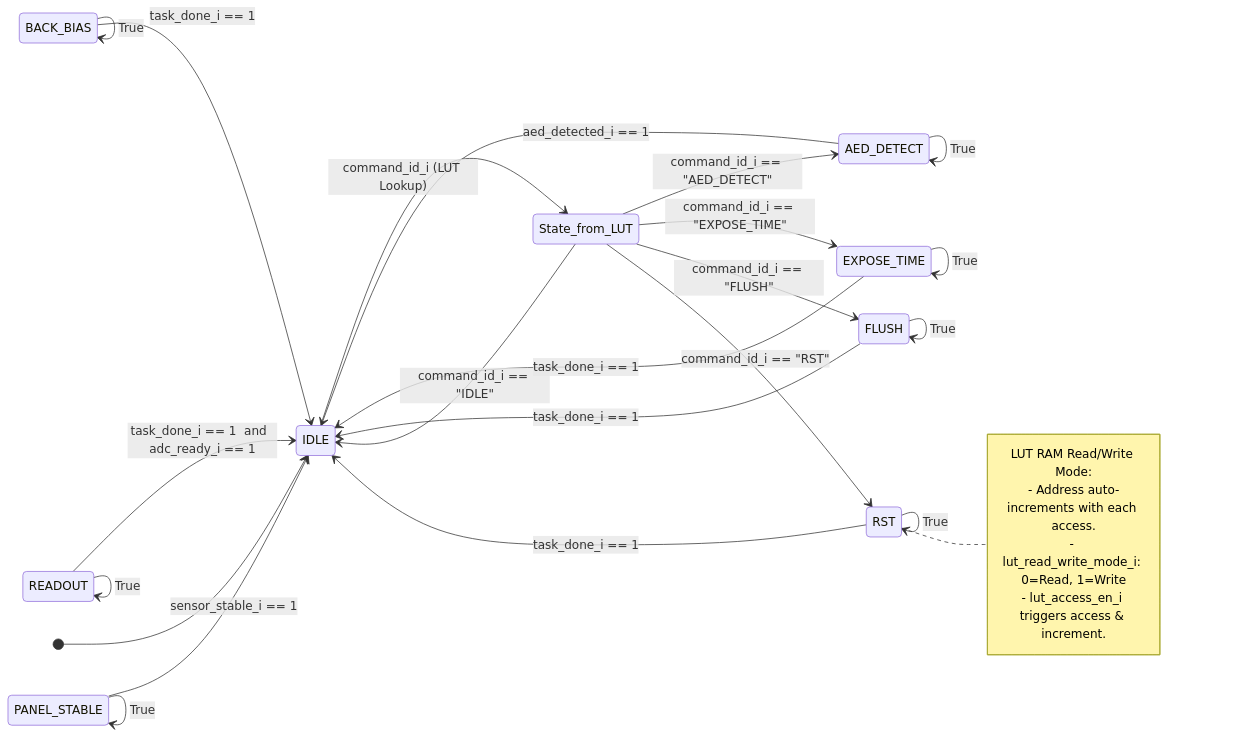
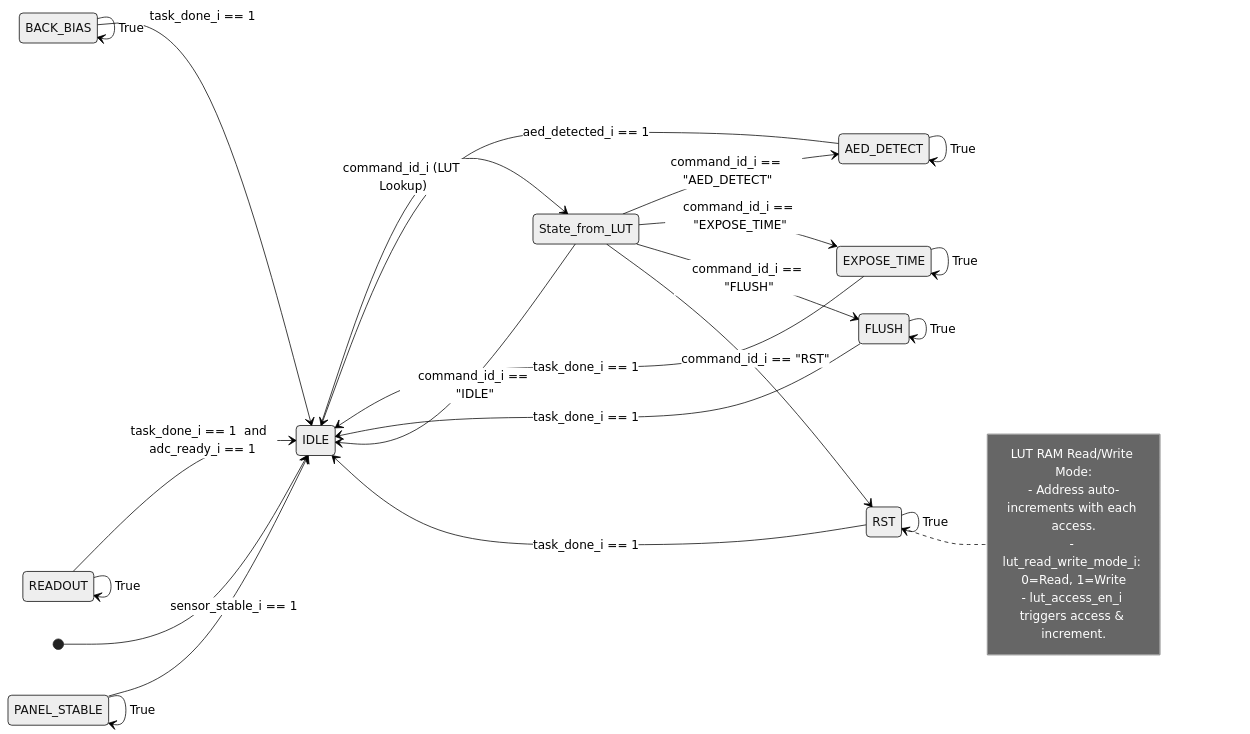
The diagram in test/fsm_diagram.md (holee9/fsm_auto), drawn with Mermaid before and after one commit.

Commit message:
Update mermaid diagram initialization for FSM state diagram

````diff
--- a/test/fsm_diagram.md
+++ b/test/fsm_diagram.md
@@ -1,43 +1,44 @@
 ```mermaid
+%%{init: {"theme": "neutral", "themeVariables": {"primaryColor": "#ffffff"}, "layout": {"elk": {}}}}%%
 stateDiagram-v2
     direction LR
     state IDLE
     state RST
     state BACK_BIAS
     state FLUSH
     state EXPOSE_TIME
     state READOUT
     state AED_DETECT
     state PANEL_STABLE
 
 
     [*] --> IDLE
     IDLE --> State_from_LUT : command_id_i (LUT Lookup)
     state State_from_LUT <<choice>>
     State_from_LUT --> AED_DETECT : command_id_i == "AED_DETECT"
     State_from_LUT --> EXPOSE_TIME : command_id_i == "EXPOSE_TIME"
     State_from_LUT --> FLUSH : command_id_i == "FLUSH"
     State_from_LUT --> IDLE : command_id_i == "IDLE"
     State_from_LUT --> RST : command_id_i == "RST"
     RST --> IDLE : task_done_i == 1
     RST --> RST : True
     BACK_BIAS --> IDLE : task_done_i == 1
     BACK_BIAS --> BACK_BIAS : True
     FLUSH --> IDLE : task_done_i == 1
     FLUSH --> FLUSH : True
     EXPOSE_TIME --> IDLE : task_done_i == 1
     EXPOSE_TIME --> EXPOSE_TIME : True
     READOUT --> IDLE : task_done_i == 1  and  adc_ready_i == 1
     READOUT --> READOUT : True
     AED_DETECT --> IDLE : aed_detected_i == 1
     AED_DETECT --> AED_DETECT : True
     PANEL_STABLE --> IDLE : sensor_stable_i == 1
     PANEL_STABLE --> PANEL_STABLE : True
 
     note right of RST
         LUT RAM Read/Write Mode:
         - Address auto-increments with each access.
         - lut_read_write_mode_i: 0=Read, 1=Write
         - lut_access_en_i triggers access & increment.
     end note
 ```
````
